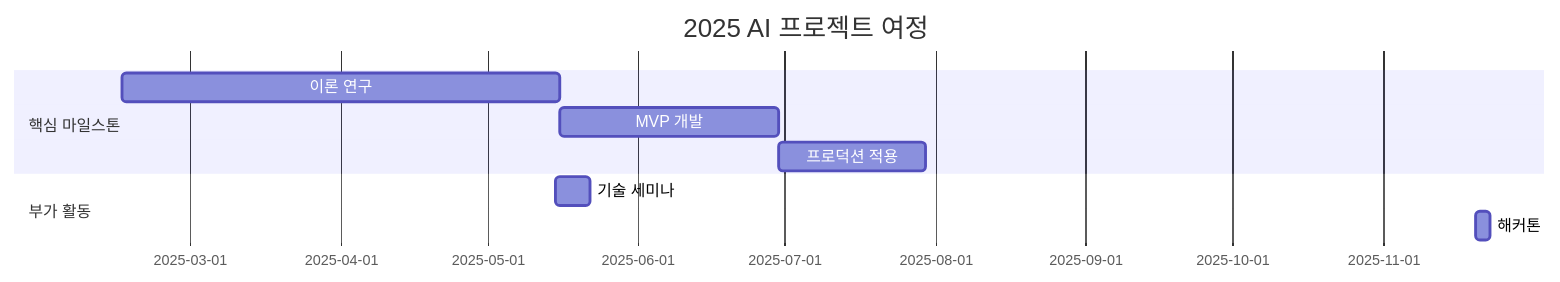
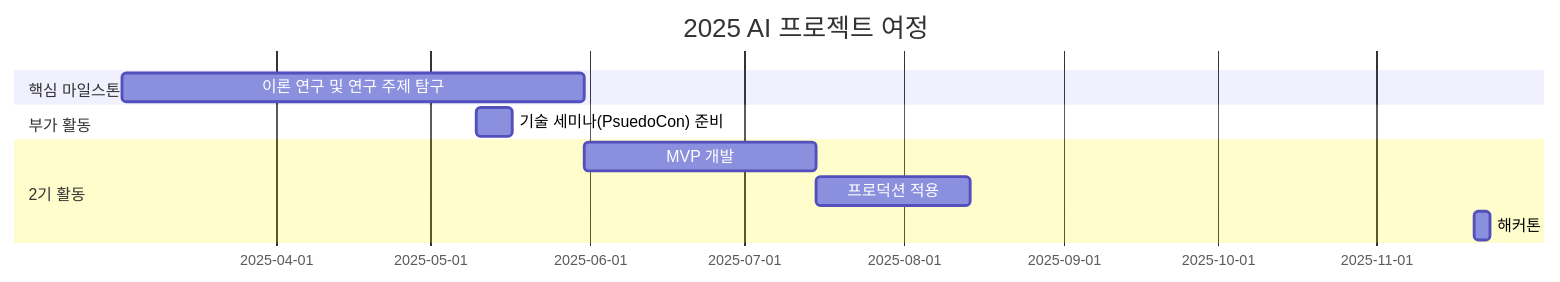
Before and after one commit to fabxoe/GenAIDD: the diagram in README.md, drawn with Mermaid. The commit also changed other lines of this file, not shown here.

Commit message:
mod) roadmap: separating into 1st,2nd period

````diff
--- a/README.md
+++ b/README.md
@@ -42,11 +42,14 @@
 ```mermaid
 gantt
     title 2025 AI 프로젝트 여정
     section 핵심 마일스톤
-    이론 연구       :a1, 2025-02-15, 90d
-    MVP 개발        :a2, after a1, 45d
+    이론 연구 및 연구 주제 탐구 :a1, 2025-03-02, 90d
+    
+    section 부가 활동
+    기술 세미나(PsuedoCon) 준비 :2025-05-10, 7d
+    
+    section 2기 활동
+    MVP 개발       :a2, after a1, 45d
     프로덕션 적용    :a3, after a2, 30d
-    section 부가 활동
-    기술 세미나     :2025-05-15, 7d
     해커톤         :2025-11-20, 3d
 ```
````
